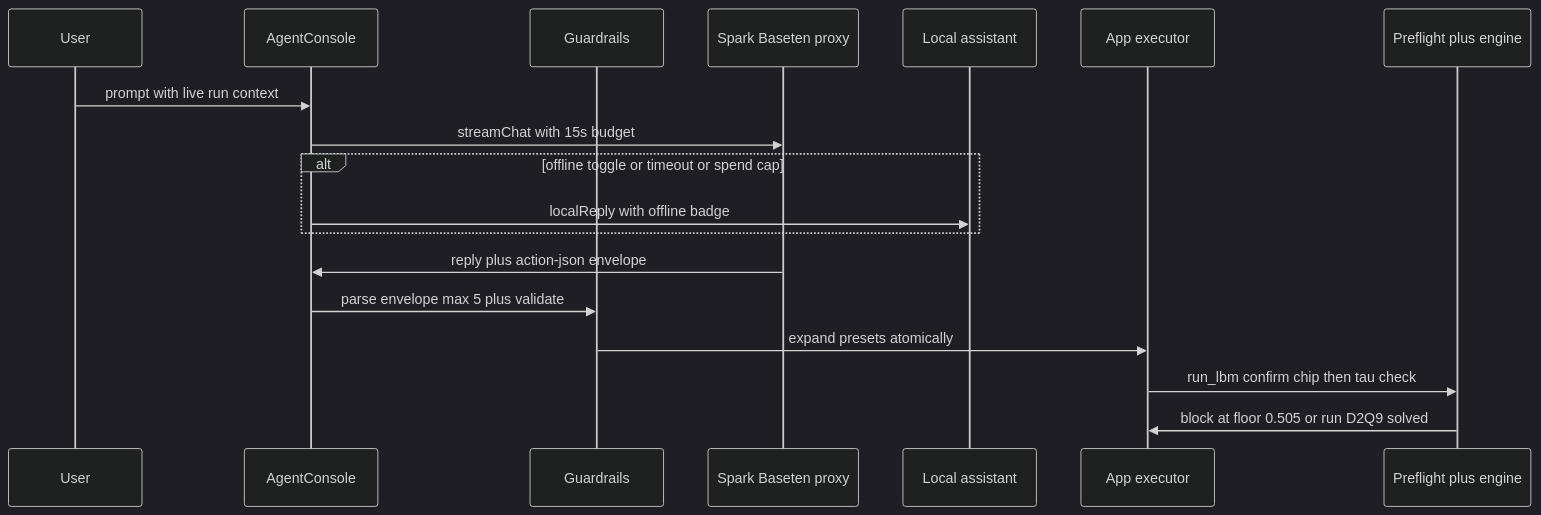
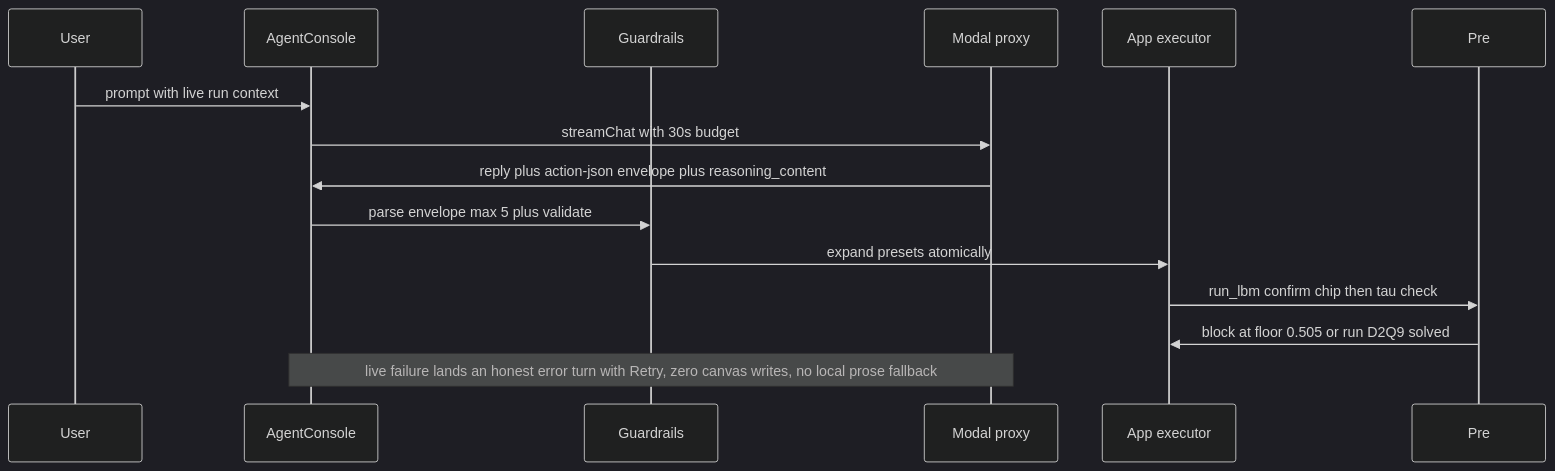
Before and after one commit to ajeet-krish/gearflow: the second of 3 diagrams in README.md, drawn with Mermaid (dark theme). The commit also changed other lines of this file and 2 other files, not shown here.

Commit message:
docs: modal-only chat architecture decisions and readme

````diff
--- a/README.md
+++ b/README.md
@@ -113,20 +113,16 @@
 ```mermaid
 sequenceDiagram
     participant User
     participant Console as AgentConsole
     participant Guard as Guardrails
-    participant Spark as Spark Baseten proxy
-    participant Local as Local assistant
+    participant Modal as Modal proxy
     participant App as App executor
-    participant Pre as Preflight plus engine
     User->>Console: prompt with live run context
-    Console->>Spark: streamChat with 15s budget
-    alt offline toggle or timeout or spend cap
-        Console->>Local: localReply with offline badge
-    end
-    Spark->>Console: reply plus action-json envelope
+    Console->>Modal: streamChat with 30s budget
+    Modal->>Console: reply plus action-json envelope plus reasoning_content
     Console->>Guard: parse envelope max 5 plus validate
     Guard->>App: expand presets atomically
     App->>Pre: run_lbm confirm chip then tau check
     Pre->>App: block at floor 0.505 or run D2Q9 solved
+    Note over Console,Modal: live failure lands an honest error turn with Retry, zero canvas writes, no local prose fallback
 ```
````
